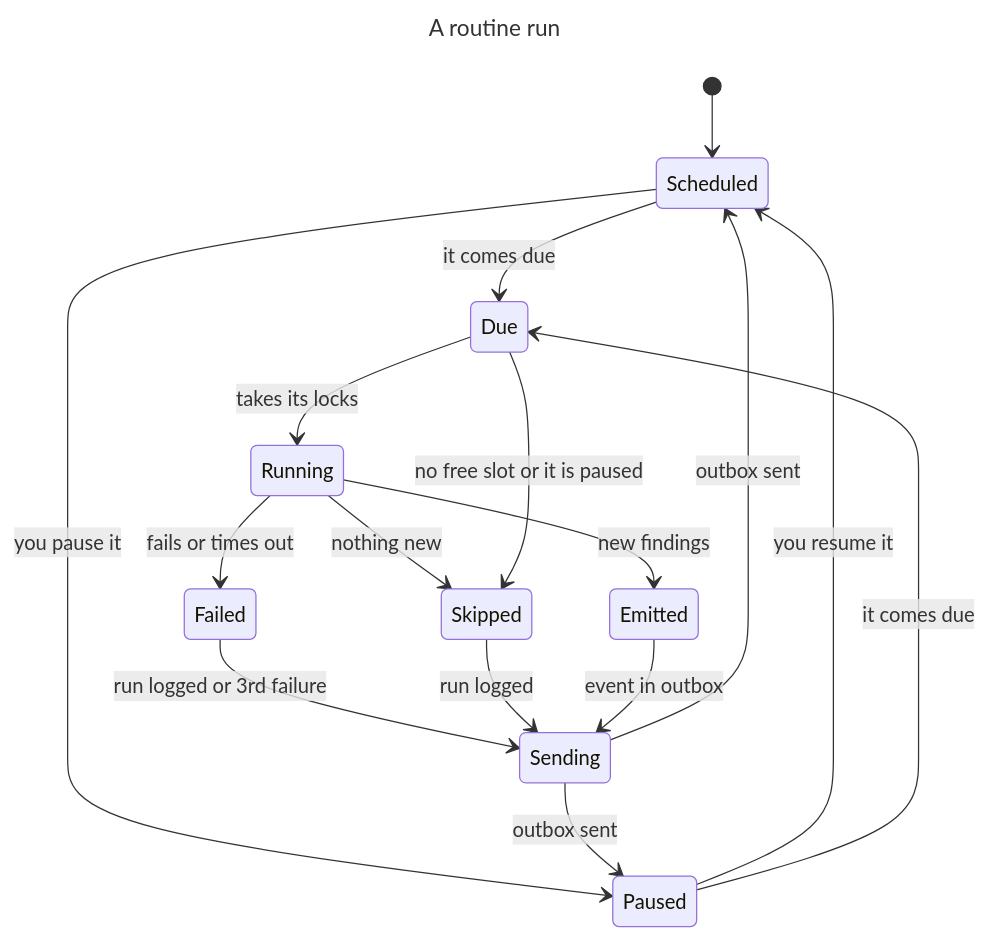
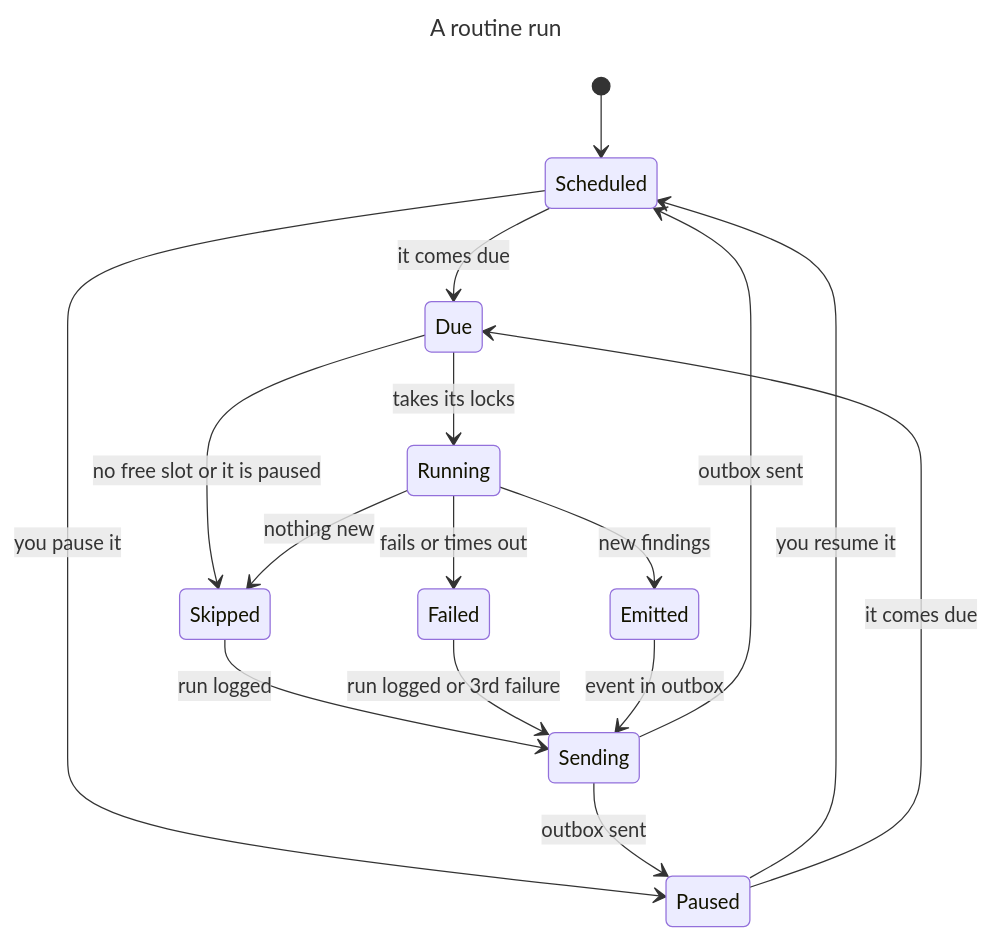
Before and after one commit to simoncrypta/bercail: the diagram in tests/statechart/routine-run/chart/chart.pi.md, drawn with Mermaid. The commit also changed 35 other files, not shown here.

````diff
--- a/tests/statechart/routine-run/chart/chart.pi.md
+++ b/tests/statechart/routine-run/chart/chart.pi.md
@@ -1,29 +1,29 @@
 ```mermaid
 ---
 title: "A routine run"
 ---
 stateDiagram-v2
   s0: Scheduled
   s1: Due
   s2: Paused
   s3: Running
-  s4: Failed
-  s5: Skipped
-  s6: Emitted
-  s7: Sending
+  s4: Skipped
+  s5: Failed
+  s6: Sending
+  s7: Emitted
   [*] --> s0
   s0 --> s1: it comes due
   s0 --> s2: you pause it
   s2 --> s0: you resume it
   s2 --> s1: it comes due
   s1 --> s3: takes its locks
-  s3 --> s4: fails or times out
-  s3 --> s5: nothing new
-  s1 --> s5: no free slot or it is paused
-  s4 --> s7: run logged or 3rd failure
-  s5 --> s7: run logged
-  s3 --> s6: new findings
-  s6 --> s7: event in outbox
-  s7 --> s0: outbox sent
-  s7 --> s2: outbox sent
+  s1 --> s4: no free slot or it is paused
+  s3 --> s5: fails or times out
+  s3 --> s4: nothing new
+  s4 --> s6: run logged
+  s5 --> s6: run logged or 3rd failure
+  s3 --> s7: new findings
+  s6 --> s0: outbox sent
+  s6 --> s2: outbox sent
+  s7 --> s6: event in outbox
 ```
````
